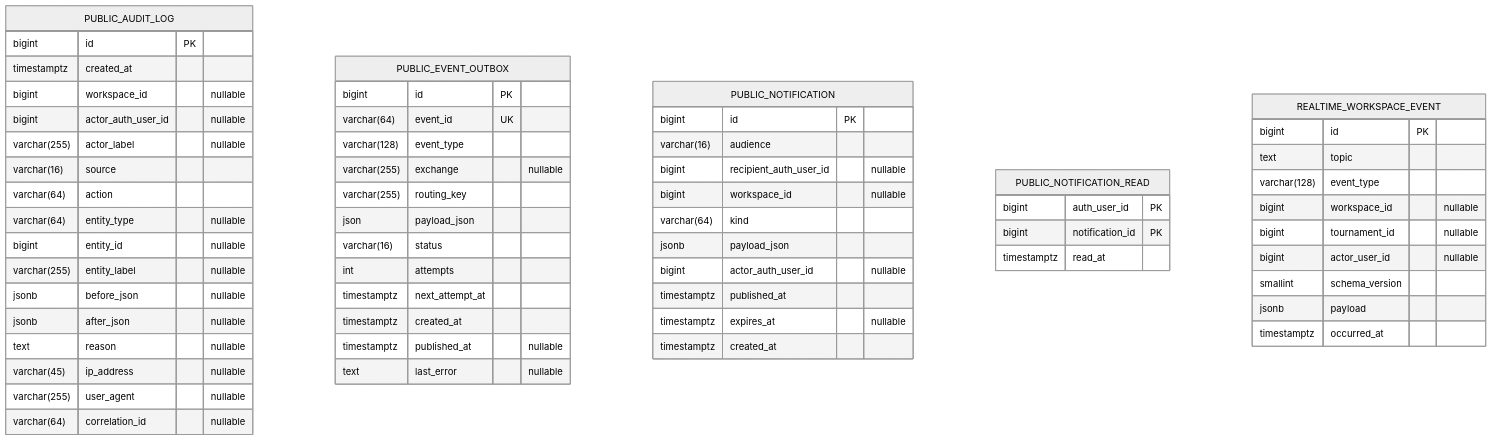
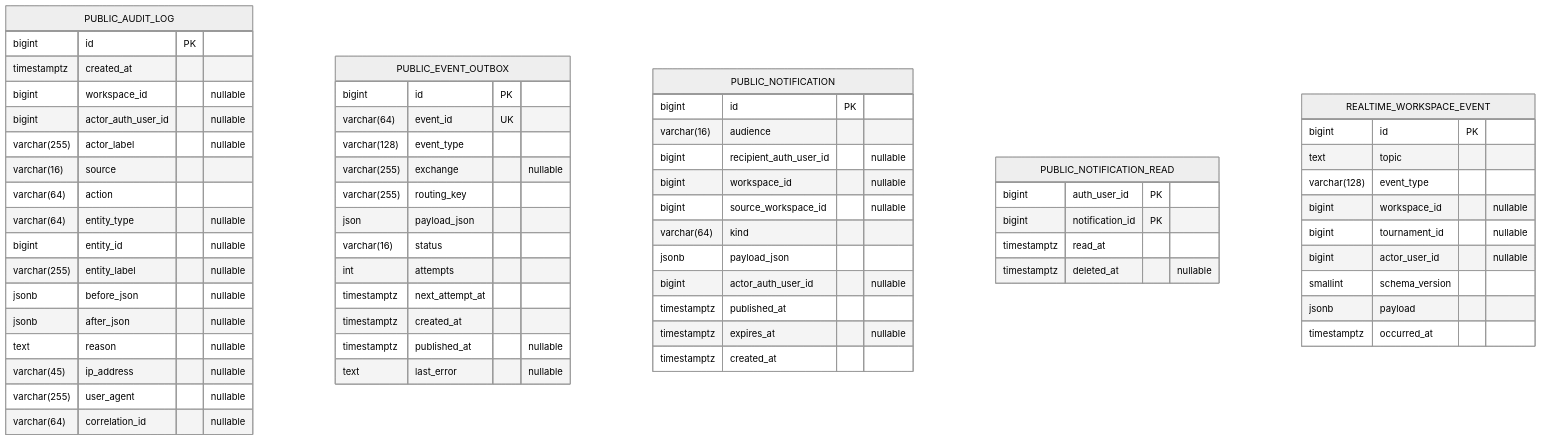
One commit to CraazzzyyFoxx/anak-tournaments changed diagram 19 of 19 in docs/database_erd.md. Above: the diagram before and after it, drawn with Mermaid (neutral theme). The commit also changed other lines of this file and 41 other files, not shown here.

````diff
--- a/docs/database_erd.md
+++ b/docs/database_erd.md
@@ -2571,63 +2578,65 @@
 ```mermaid
 erDiagram
     PUBLIC_AUDIT_LOG {
         bigint id PK
         timestamptz created_at
         bigint workspace_id "nullable"
         bigint actor_auth_user_id "nullable"
         varchar(255) actor_label "nullable"
         varchar(16) source
         varchar(64) action
         varchar(64) entity_type "nullable"
         bigint entity_id "nullable"
         varchar(255) entity_label "nullable"
         jsonb before_json "nullable"
         jsonb after_json "nullable"
         text reason "nullable"
         varchar(45) ip_address "nullable"
         varchar(255) user_agent "nullable"
         varchar(64) correlation_id "nullable"
     }
     PUBLIC_EVENT_OUTBOX {
         bigint id PK
         varchar(64) event_id UK
         varchar(128) event_type
         varchar(255) exchange "nullable"
         varchar(255) routing_key
         json payload_json
         varchar(16) status
         int attempts
         timestamptz next_attempt_at
         timestamptz created_at
         timestamptz published_at "nullable"
         text last_error "nullable"
     }
     PUBLIC_NOTIFICATION {
         bigint id PK
         varchar(16) audience
         bigint recipient_auth_user_id "nullable"
         bigint workspace_id "nullable"
+        bigint source_workspace_id "nullable"
         varchar(64) kind
         jsonb payload_json
         bigint actor_auth_user_id "nullable"
         timestamptz published_at
         timestamptz expires_at "nullable"
         timestamptz created_at
     }
     PUBLIC_NOTIFICATION_READ {
         bigint auth_user_id PK
         bigint notification_id PK
         timestamptz read_at
+        timestamptz deleted_at "nullable"
     }
     REALTIME_WORKSPACE_EVENT {
         bigint id PK
         text topic
         varchar(128) event_type
         bigint workspace_id "nullable"
         bigint tournament_id "nullable"
         bigint actor_user_id "nullable"
         smallint schema_version
         jsonb payload
         timestamptz occurred_at
     }
 ```
````
